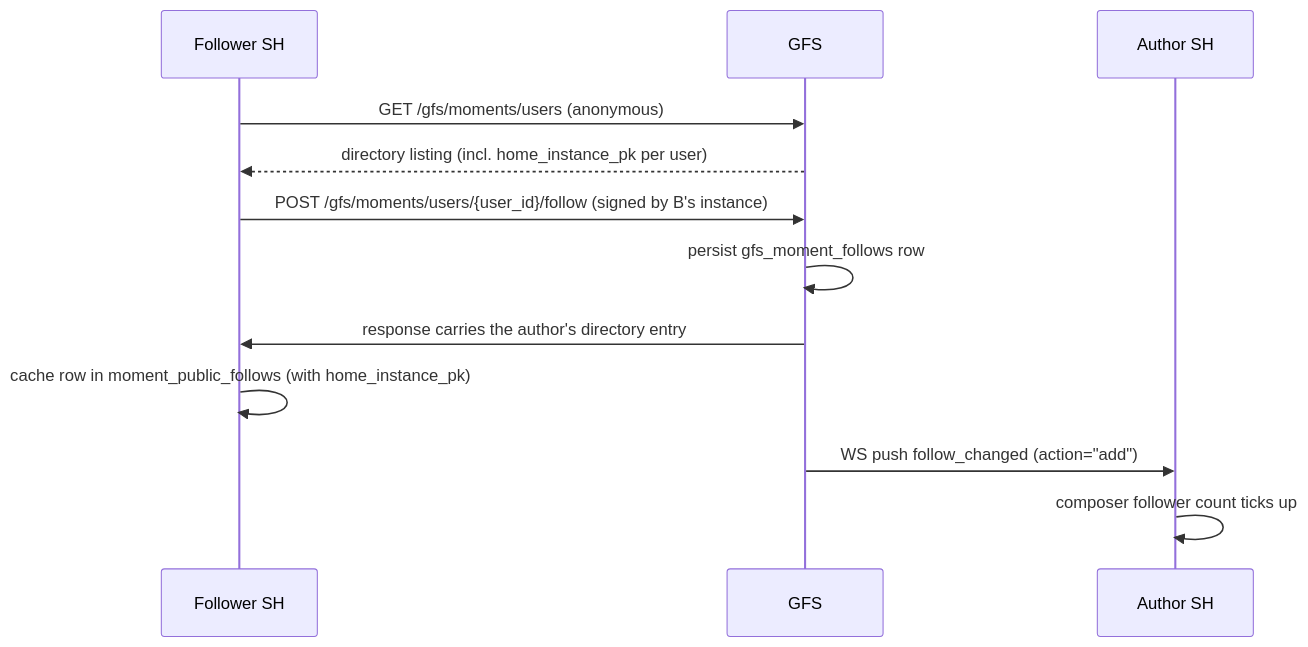
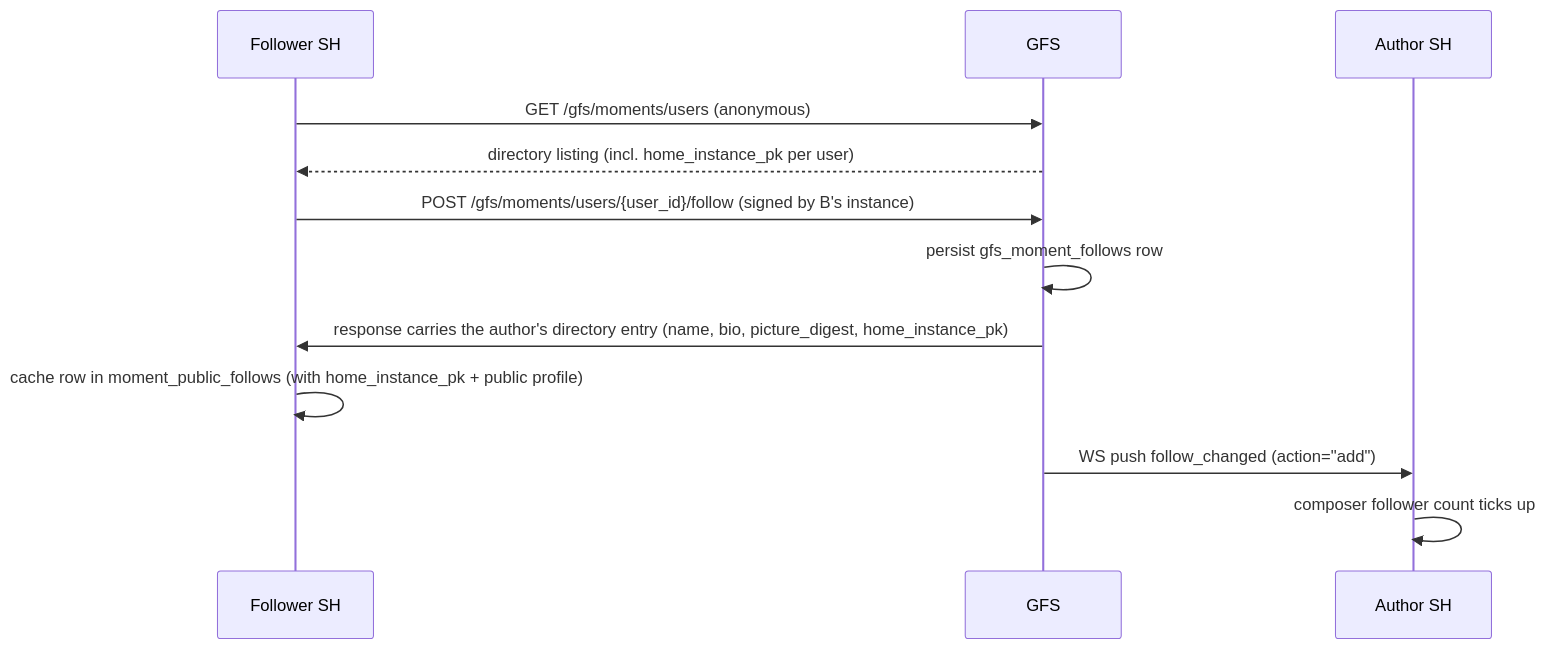
Before and after one commit to social-home-io/socialhome: the first of 3 diagrams in docs/protocol/momentum_public.md, drawn with Mermaid. The commit also changed other lines of this file and 41 other files, not shown here.

First line of the commit message:
Public moments show the author's name, picture and bio

````diff
--- a/docs/protocol/momentum_public.md
+++ b/docs/protocol/momentum_public.md
@@ -100,15 +106,15 @@
 ```mermaid
 sequenceDiagram
   participant B as Follower SH
   participant G as GFS
   participant A as Author SH
 
   B->>G: GET /gfs/moments/users (anonymous)
   G-->>B: directory listing (incl. home_instance_pk per user)
   B->>G: POST /gfs/moments/users/{user_id}/follow (signed by B's instance)
   G->>G: persist gfs_moment_follows row
-  G->>B: response carries the author's directory entry
-  B->>B: cache row in moment_public_follows (with home_instance_pk)
+  G->>B: response carries the author's directory entry (name, bio, picture_digest, home_instance_pk)
+  B->>B: cache row in moment_public_follows (with home_instance_pk + public profile)
   G->>A: WS push follow_changed (action="add")
   A->>A: composer follower count ticks up
 ```
````
